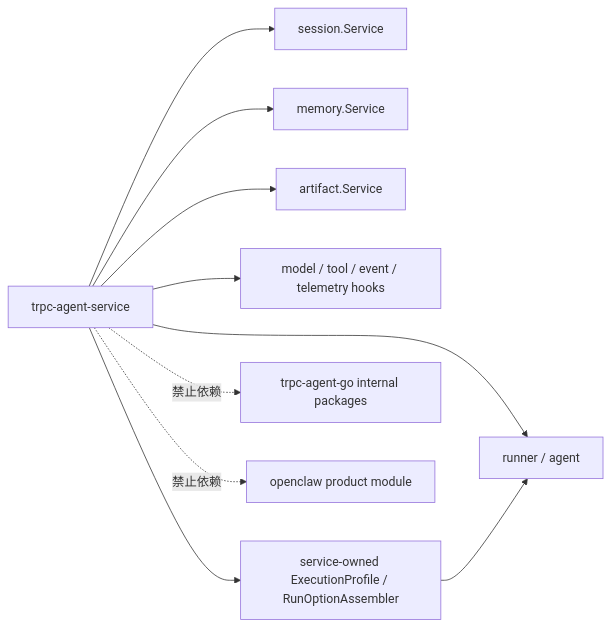
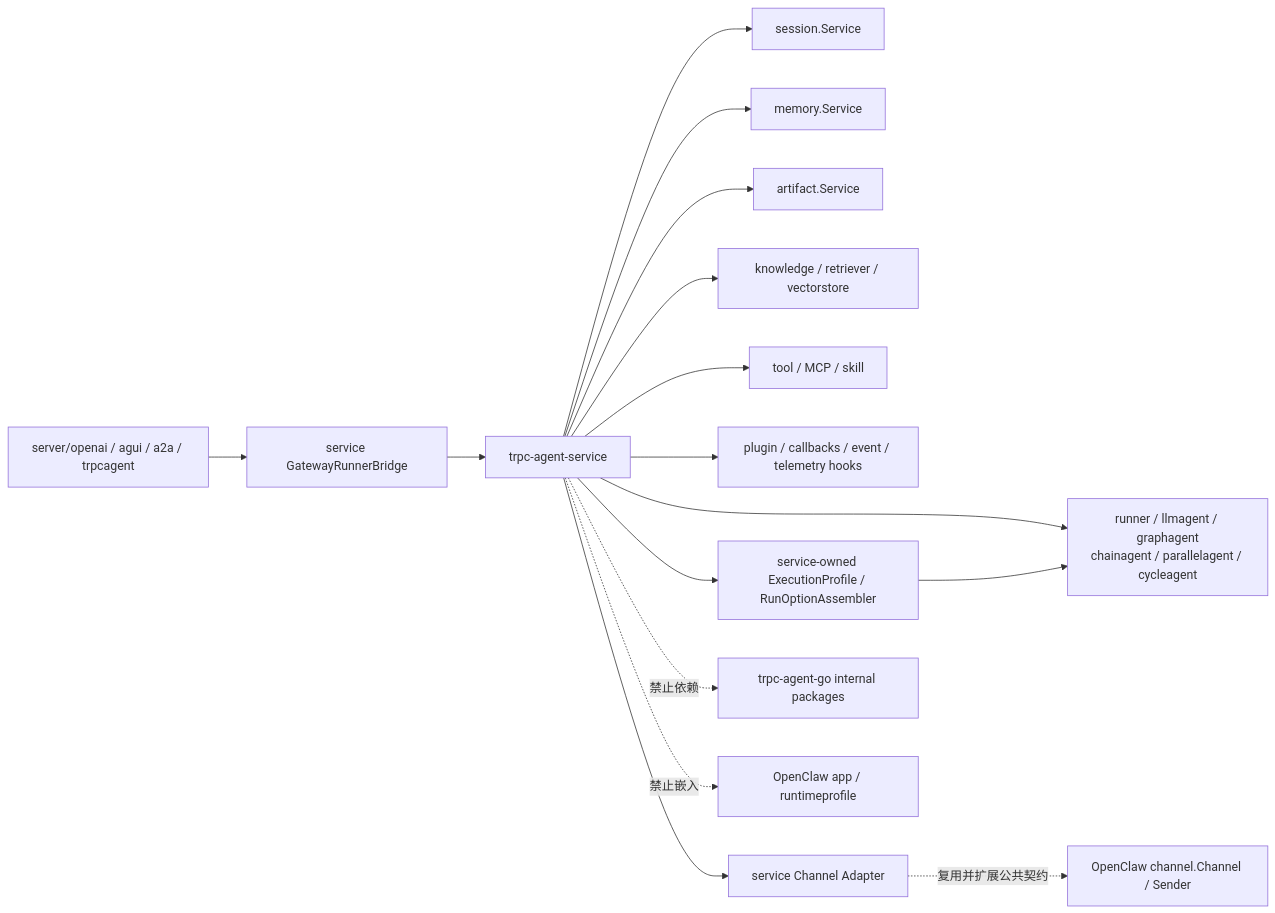
One commit to everfid-ever/trpc-agent-service changed the second of 2 diagrams in docs/design/6.module-boundaries.md. Above: the diagram before and after it, drawn with Mermaid. The commit also changed other lines of this file and 8 other files, not shown here.

Commit message:
docs: switch IM channels to WeCom/Feishu, reuse OpenClaw channel contract, and add provider profile domain

````diff
--- a/docs/design/6.module-boundaries.md
+++ b/docs/design/6.module-boundaries.md
@@ -75,12 +75,18 @@
 ```mermaid
 flowchart LR
-  S["trpc-agent-service"] --> R["runner / agent"]
+  S["trpc-agent-service"] --> R["runner / llmagent / graphagent<br/>chainagent / parallelagent / cycleagent"]
   S --> SS["session.Service"]
   S --> MS["memory.Service"]
   S --> AS["artifact.Service"]
-  S --> TM["model / tool / event / telemetry hooks"]
+  S --> KS["knowledge / retriever / vectorstore"]
+  S --> SK["tool / MCP / skill"]
+  S --> TM["plugin / callbacks / event / telemetry hooks"]
+  SF["server/openai / agui / a2a / trpcagent"] --> GB["service GatewayRunnerBridge"]
+  GB --> S
   EP["service-owned ExecutionProfile / RunOptionAssembler"] --> R
   S --> EP
+  C["service Channel Adapter"] -. "复用并扩展公共契约" .-> OC["OpenClaw channel.Channel / Sender"]
+  S --> C
   S -. "禁止依赖" .-> I["trpc-agent-go internal packages"]
-  S -. "禁止依赖" .-> O["openclaw product module"]
+  S -. "禁止嵌入" .-> O["OpenClaw app / runtimeprofile"]
 ```
````
